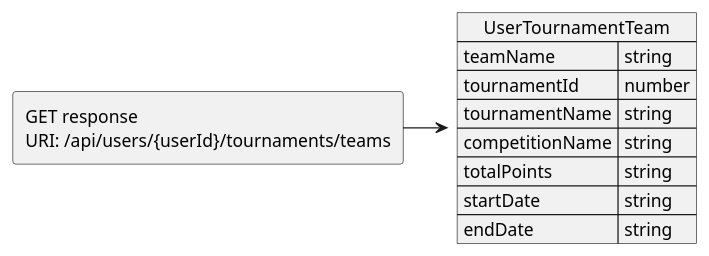
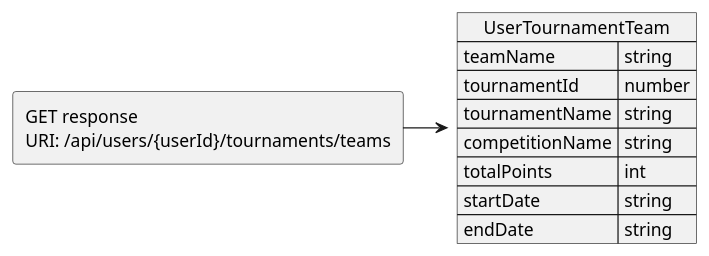
The diagram in docs/JSON Contracts/Responses/GetUserTournamentTeam.puml (JKMN-Projects/TeamTactics), drawn with PlantUML before and after one commit. The commit also changed 5 other files, not shown here.

```diff
--- a/docs/JSON Contracts/Responses/GetUserTournamentTeam.puml
+++ b/docs/JSON Contracts/Responses/GetUserTournamentTeam.puml
@@ -1,16 +1,16 @@
 @startuml Get user tournament team response
 allowmixing
 
 agent "GET response \nURI: /api/users/{userId}/tournaments/teams"
   json "UserTournamentTeam" as J {
     "teamName": "string",
     "tournamentId": "number",
     "tournamentName": "string",
     "competitionName": "string",
-    "totalPoints": "string",
+    "totalPoints": "int",
     "startDate": "string",
     "endDate": "string"
   }
 
 "GET response \nURI: /api/users/{userId}/tournaments/teams" -> J 
 @enduml
```
